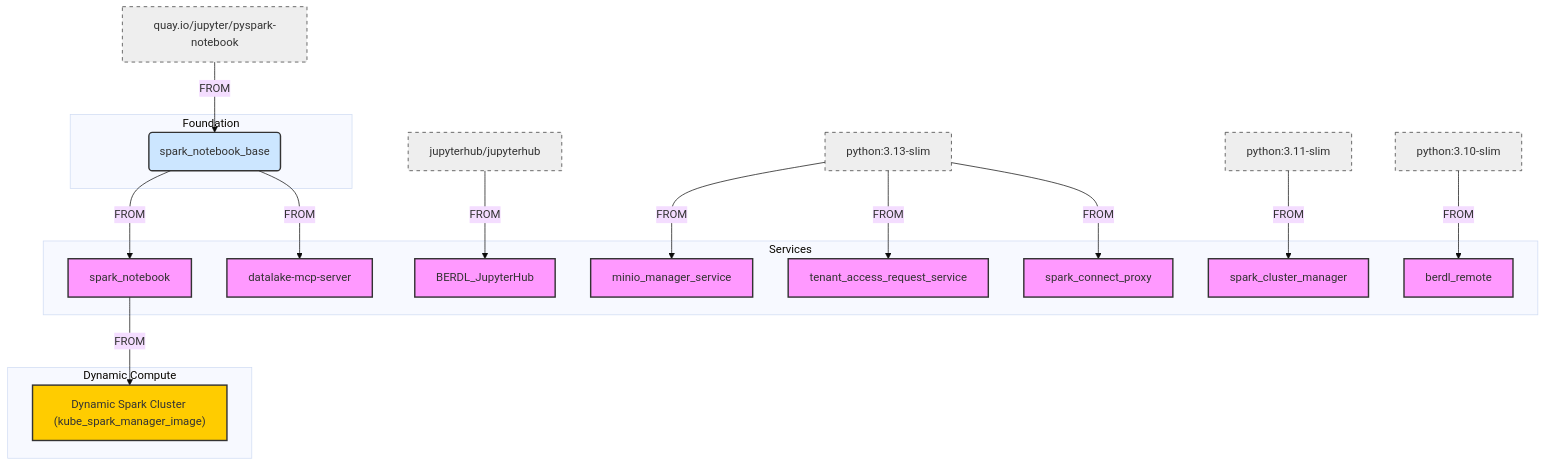
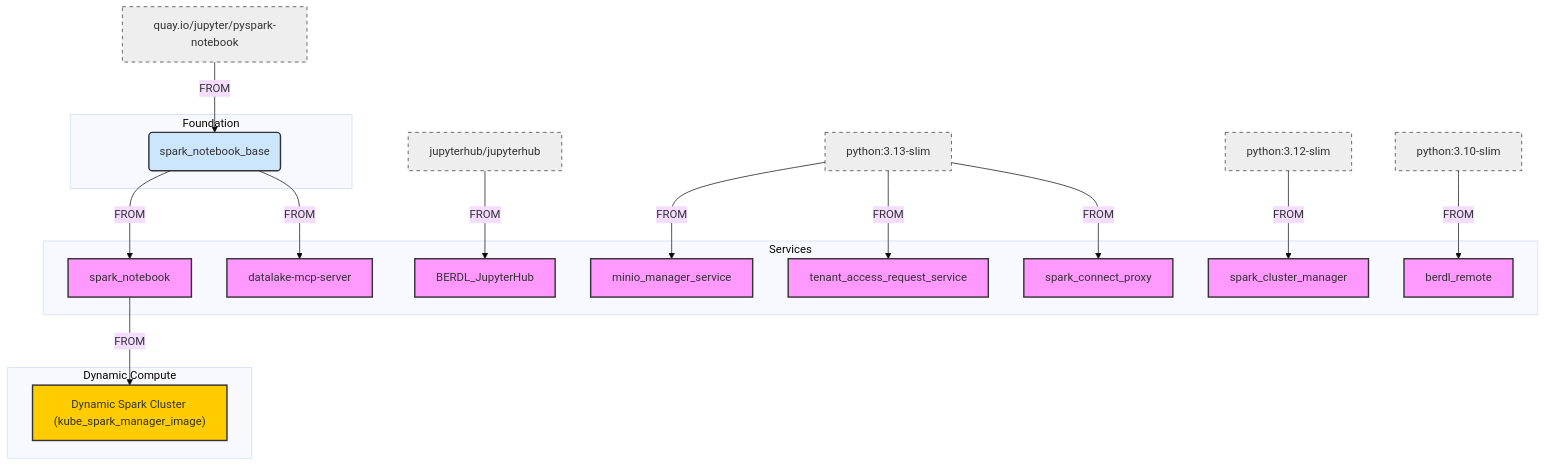
Before and after one commit to BERDataLakehouse/berdl_docs: the second of 3 diagrams in README.md, drawn with Mermaid (base theme).

Commit message:
Fix SCM base image version in container dependency diagram (3.11 → 3.12)

````diff
--- a/README.md
+++ b/README.md
@@ -118,57 +118,57 @@
 ```mermaid
 graph TD
     %% Base Images
     JQ[quay.io/jupyter/pyspark-notebook]
     PUB_JH[jupyterhub/jupyterhub]
     PY313[python:3.13-slim]
-    PY311[python:3.11-slim]
+    PY312[python:3.12-slim]
     PY310[python:3.10-slim]
 
     %% Internal Base
     subgraph Foundation
         id1(spark_notebook_base)
     end
 
     %% Services
     subgraph Services
         NB[spark_notebook]
         MCP[datalake-mcp-server]
         MMS[minio_manager_service]
         SCM[spark_cluster_manager]
         JH[BERDL_JupyterHub]
         TAS[tenant_access_request_service]
         BRM[berdl_remote]
         SPX[spark_connect_proxy]
     end
 
     %% Dynamic Compute
     subgraph DynamicCompute ["Dynamic Compute"]
         DYNC["Dynamic Spark Cluster (kube_spark_manager_image)"]
     end
 
     %% Relations
     JQ -->|FROM| id1
     
     id1 -->|FROM| NB
     id1 -->|FROM| MCP
     
     NB -->|FROM| DYNC
     
     PUB_JH -->|FROM| JH
     PY313 -->|FROM| MMS
     PY313 -->|FROM| TAS
     PY313 -->|FROM| SPX
-    PY311 -->|FROM| SCM
+    PY312 -->|FROM| SCM
     PY310 -->|FROM| BRM
     
     %% Styling
     classDef external fill:#eee,stroke:#333,stroke-dasharray: 5 5;
     classDef internal fill:#cce6ff,stroke:#333,stroke-width:2px;
     classDef service fill:#f9f,stroke:#333,stroke-width:2px;
     classDef compute fill:#ffcc00,stroke:#333,stroke-width:2px;
 
-    class JQ,PUB_JH,PY313,PY311,PY310 external;
+    class JQ,PUB_JH,PY313,PY312,PY310 external;
     class id1 internal;
     class NB,MCP,MMS,SCM,JH,TAS,BRM,SPX service;
     class DYNC compute;
 ```
````
